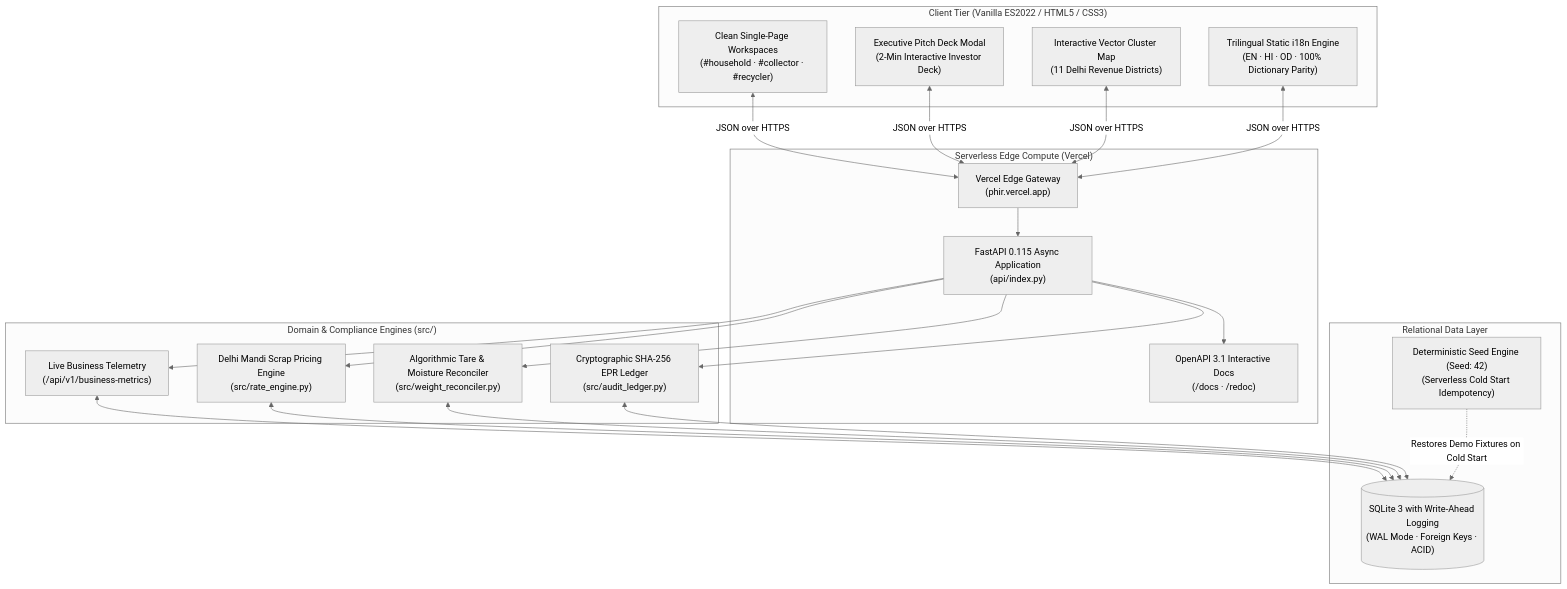
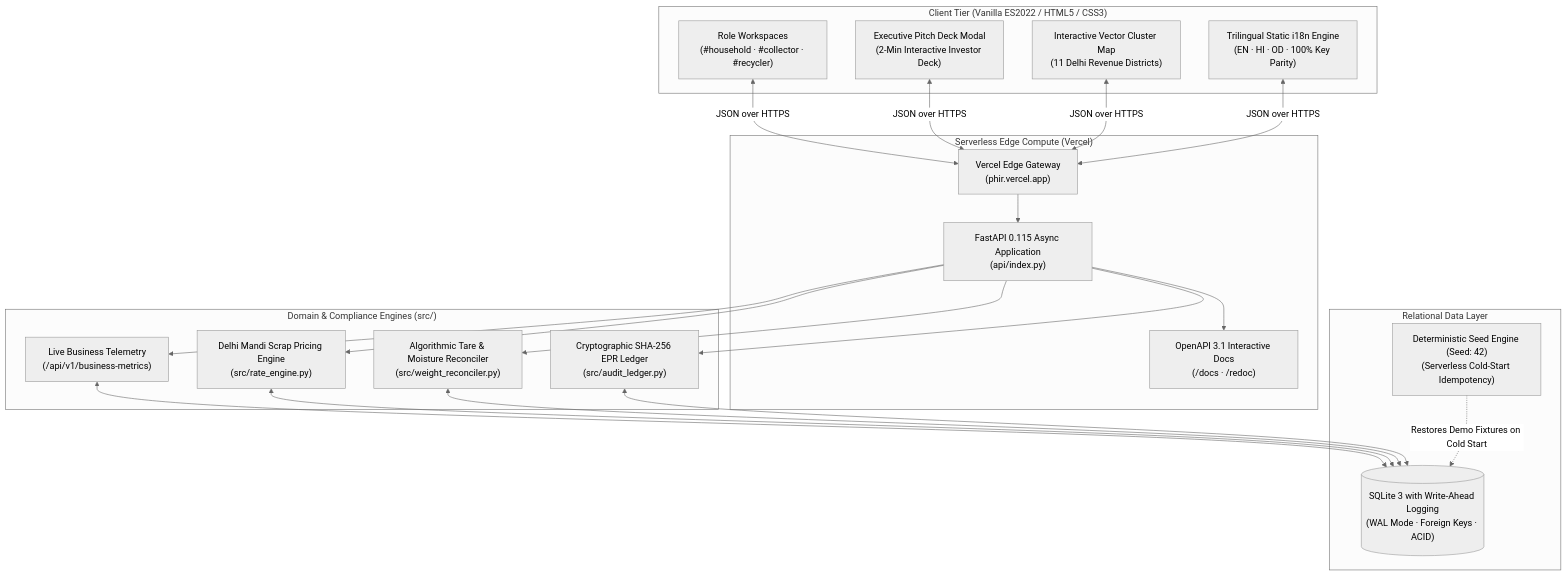
One commit to kamilahmadhashmi/PHIR changed the diagram in README.md. Above: the diagram before and after it, drawn with Mermaid (neutral theme). The commit also changed other lines of this file and 5 other files, not shown here.

````diff
--- a/README.md
+++ b/README.md
@@ -91,34 +103,34 @@
 ```mermaid
 flowchart TD
     subgraph Client ["Client Tier (Vanilla ES2022 / HTML5 / CSS3)"]
-        UI["Clean Single-Page Workspaces\n(#household · #collector · #recycler)"]
+        UI["Role Workspaces\n(#household · #collector · #recycler)"]
         PitchDeck["Executive Pitch Deck Modal\n(2-Min Interactive Investor Deck)"]
         SvgMap["Interactive Vector Cluster Map\n(11 Delhi Revenue Districts)"]
-        I18nEngine["Trilingual Static i18n Engine\n(EN · HI · OD · 100% Dictionary Parity)"]
+        I18nEngine["Trilingual Static i18n Engine\n(EN · HI · OD · 100% Key Parity)"]
     end
 
     subgraph EdgeCompute ["Serverless Edge Compute (Vercel)"]
         Edge["Vercel Edge Gateway\n(phir.vercel.app)"]
         FastAPI["FastAPI 0.115 Async Application\n(api/index.py)"]
         Swagger["OpenAPI 3.1 Interactive Docs\n(/docs · /redoc)"]
     end
 
     subgraph CoreEngines ["Domain & Compliance Engines (src/)"]
         BizEngine["Live Business Telemetry\n(/api/v1/business-metrics)"]
         RateEngine["Delhi Mandi Scrap Pricing Engine\n(src/rate_engine.py)"]
         ScaleRecon["Algorithmic Tare & Moisture Reconciler\n(src/weight_reconciler.py)"]
         AuditLedger["Cryptographic SHA-256 EPR Ledger\n(src/audit_ledger.py)"]
     end
 
     subgraph Storage ["Relational Data Layer"]
         DB[("SQLite 3 with Write-Ahead Logging\n(WAL Mode · Foreign Keys · ACID)")]
-        DeterministicSeed["Deterministic Seed Engine (Seed: 42)\n(Serverless Cold Start Idempotency)"]
+        DeterministicSeed["Deterministic Seed Engine (Seed: 42)\n(Serverless Cold-Start Idempotency)"]
     end
 
     UI & PitchDeck & SvgMap & I18nEngine <-->|JSON over HTTPS| Edge
     Edge --> FastAPI
     FastAPI --> Swagger
     FastAPI --> BizEngine & RateEngine & ScaleRecon & AuditLedger
     BizEngine & RateEngine & ScaleRecon & AuditLedger <--> DB
     DeterministicSeed -.->|Restores Demo Fixtures on Cold Start| DB
 ```
````
